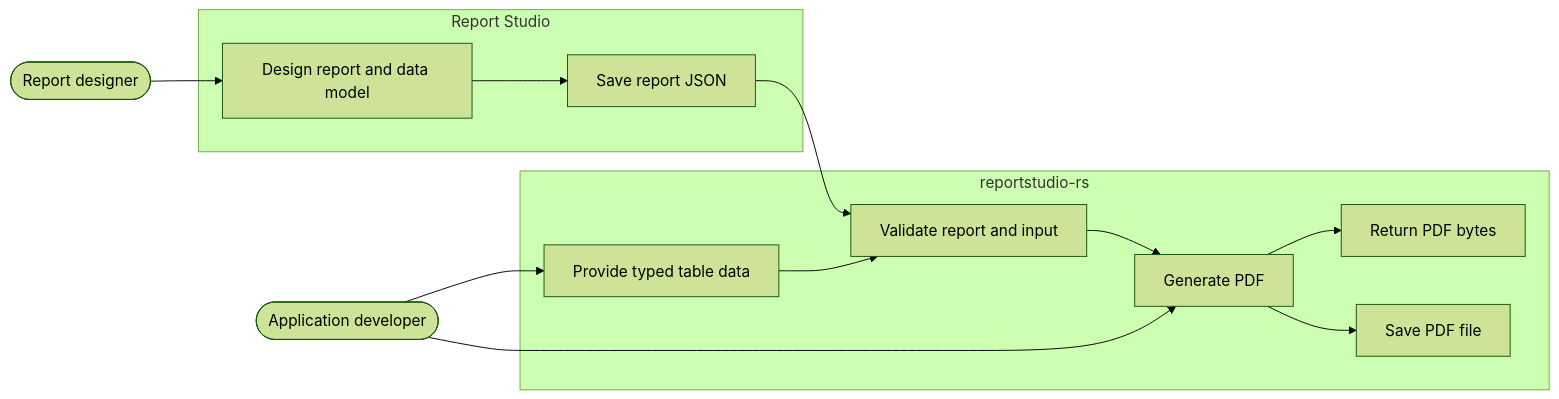
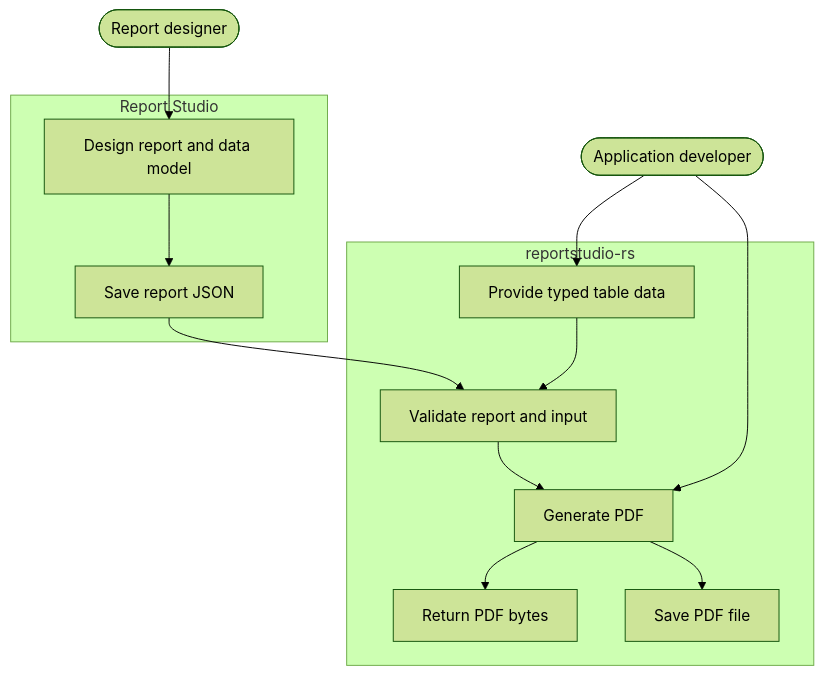
The second of 4 diagrams in README.md (LuigimonSoft/reportstudio-rs), drawn with Mermaid (forest theme) before and after one commit. The commit also changed other lines of this file, not shown here.

Commit message:
fix: update mermaid flowchart direction in README

````diff
--- a/README.md
+++ b/README.md
@@ -56,22 +56,22 @@
 ```mermaid
-flowchart LR
+flowchart TD
     Designer([Report designer])
     Developer([Application developer])
     subgraph Studio[Report Studio]
         Design[Design report and data model]
         Save[Save report JSON]
     end
     subgraph Library[reportstudio-rs]
         Provide[Provide typed table data]
         Validate[Validate report and input]
         Render[Generate PDF]
         Bytes[Return PDF bytes]
         File[Save PDF file]
     end
     Designer --> Design --> Save
     Developer --> Provide --> Validate --> Render
     Save --> Validate
     Developer --> Render
     Render --> Bytes
     Render --> File
 ```
````
